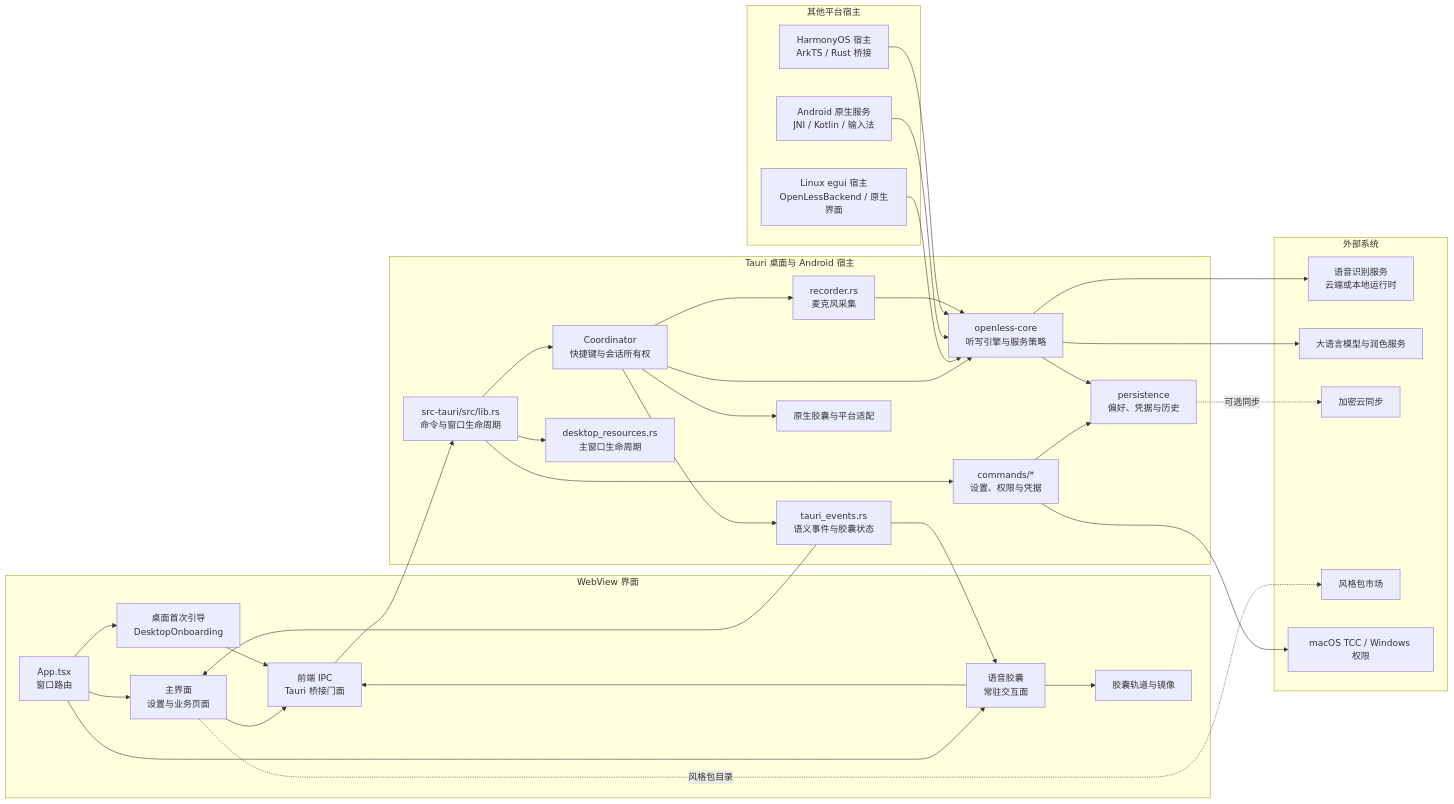
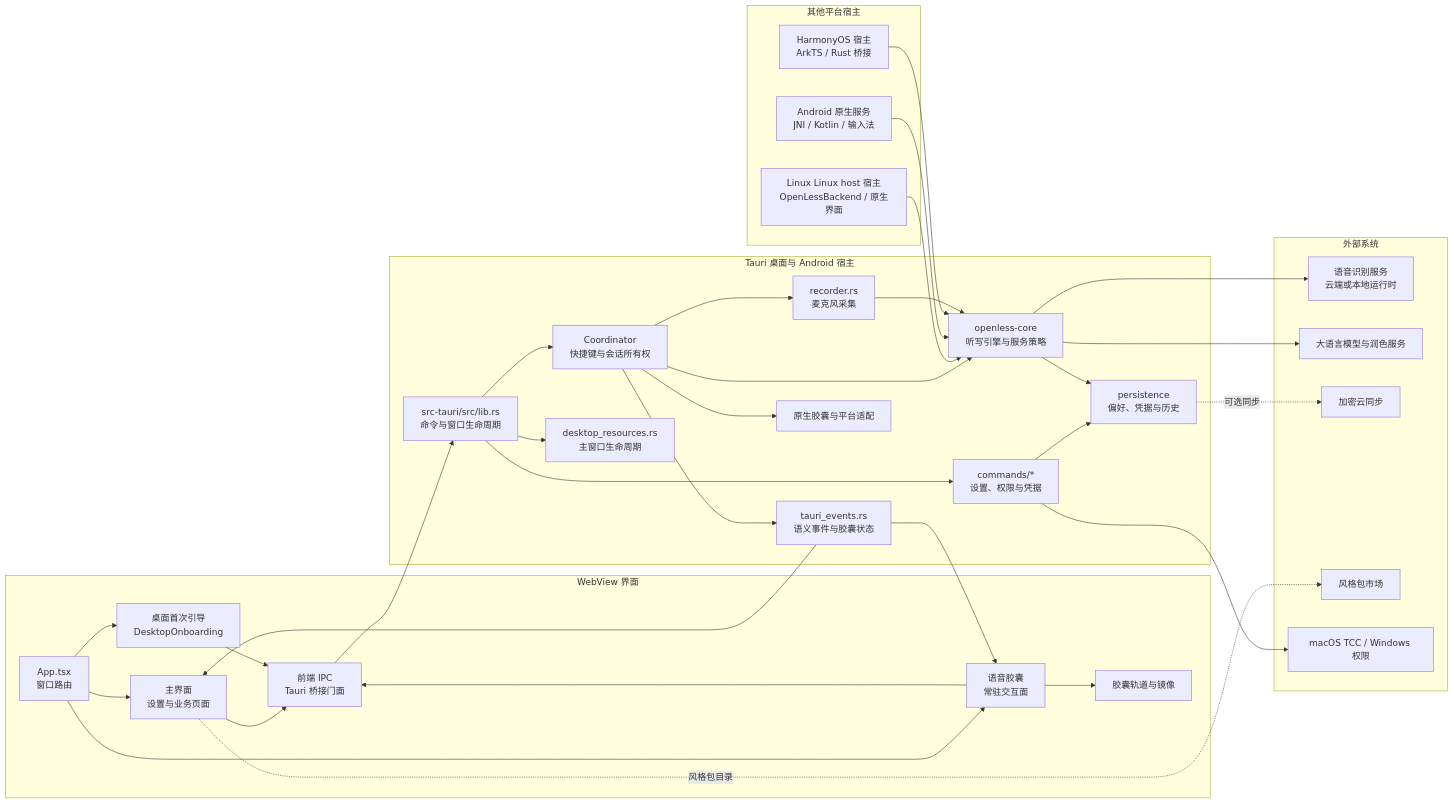
Before and after one commit to Open-Less/openless: the diagram in docs/images/client-diagrams/openless-client-architecture.zh-CN.mmd, drawn with Mermaid. The commit also changed 231 other files, not shown here.

First line of the commit message:
refactor(linux): 删除 egui，Linux 只剩 Qt/WebKit 宿主

```diff
--- a/docs/images/client-diagrams/openless-client-architecture.zh-CN.mmd
+++ b/docs/images/client-diagrams/openless-client-architecture.zh-CN.mmd
@@ -1,65 +1,65 @@
 %% OpenLess 客户端架构图：界面、桌面宿主与外部服务边界
 flowchart LR
     subgraph UI[WebView 界面]
         APP[App.tsx\n窗口路由]
         MAIN[主界面\n设置与业务页面]
         GUIDE[桌面首次引导\nDesktopOnboarding]
         CAP[语音胶囊\n常驻交互面]
         RAIL[胶囊轨道与镜像]
         IPC[前端 IPC\nTauri 桥接门面]
         APP --> MAIN
         APP --> GUIDE
         APP --> CAP
         CAP --> RAIL
         MAIN --> IPC
         GUIDE --> IPC
         CAP --> IPC
     end
 
     subgraph HOST[Tauri 桌面与 Android 宿主]
         LIB[src-tauri/src/lib.rs\n命令与窗口生命周期]
         COORD[Coordinator\n快捷键与会话所有权]
         EVENTS[tauri_events.rs\n语义事件与胶囊状态]
         DESKTOP[desktop_resources.rs\n主窗口生命周期]
         HOSTIPC[commands/*\n设置、权限与凭据]
         REC[recorder.rs\n麦克风采集]
         CORE[openless-core\n听写引擎与服务策略]
         PERSIST[persistence\n偏好、凭据与历史]
         NATIVE[原生胶囊与平台适配]
         LIB --> COORD
         LIB --> DESKTOP
         LIB --> HOSTIPC
         COORD --> CORE
         COORD --> REC
         COORD --> EVENTS
         COORD --> NATIVE
         HOSTIPC --> PERSIST
         CORE --> PERSIST
     end
 
     subgraph OTHER[其他平台宿主]
-        LINUX[Linux egui 宿主\nOpenLessBackend / 原生界面]
+        LINUX[Linux Linux host 宿主\nOpenLessBackend / 原生界面]
         ANDROID[Android 原生服务\nJNI / Kotlin / 输入法]
         HARMONY[HarmonyOS 宿主\nArkTS / Rust 桥接]
         LINUX --> CORE
         ANDROID --> CORE
         HARMONY --> CORE
     end
 
     subgraph EXT[外部系统]
         ASR[语音识别服务\n云端或本地运行时]
         LLM[大语言模型与润色服务]
         SYNC[加密云同步]
         MARKET[风格包市场]
         TCC[macOS TCC / Windows 权限]
     end
 
     IPC --> LIB
     EVENTS --> CAP
     EVENTS --> MAIN
     REC --> CORE
     CORE --> ASR
     CORE --> LLM
     HOSTIPC --> TCC
     PERSIST -. 可选同步 .-> SYNC
     MAIN -. 风格包目录 .-> MARKET
```
